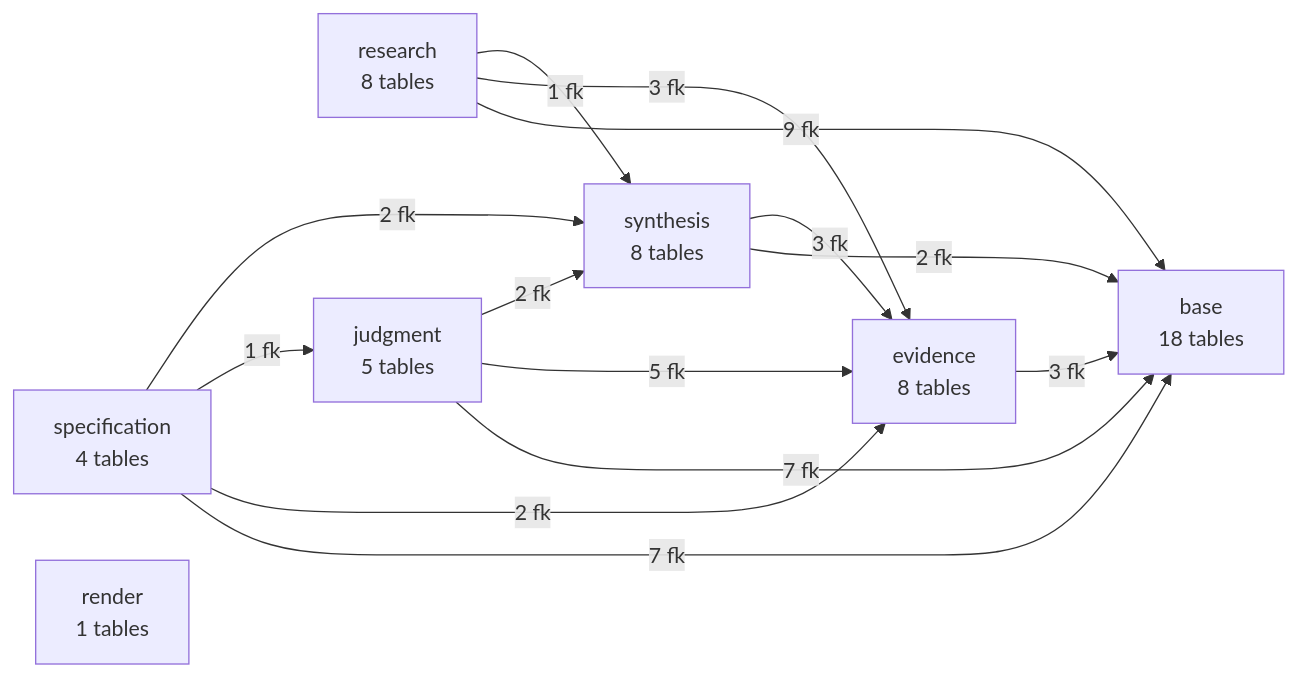
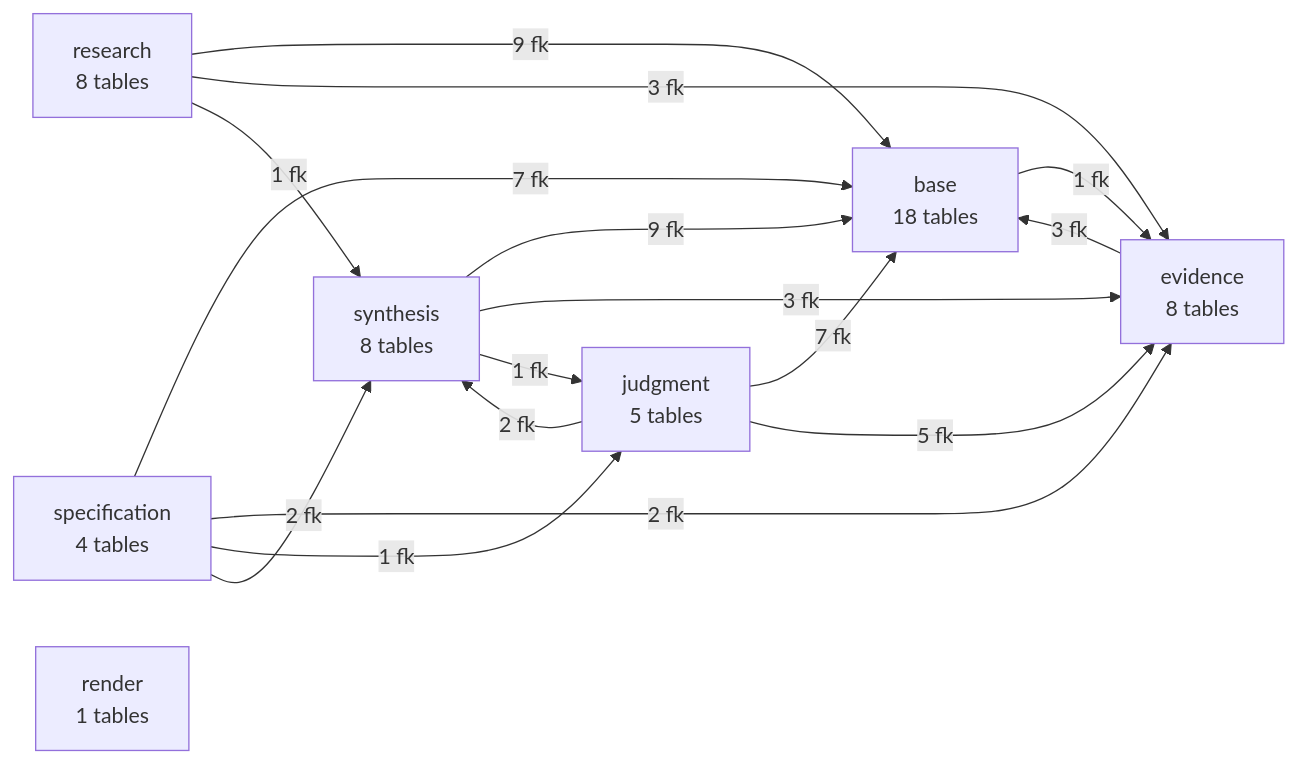
The first of 10 diagrams in workplan/pipeline-state-graph/STATE-GRAPH.md (jordanelias/guidebook), drawn with Mermaid before and after one commit. The commit also changed other lines of this file and 19 other files, not shown here.

````diff
--- a/workplan/pipeline-state-graph/STATE-GRAPH.md
+++ b/workplan/pipeline-state-graph/STATE-GRAPH.md
@@ -24,23 +24,25 @@
 ```mermaid
 flowchart LR
   base["base\n18 tables"]
   research["research\n8 tables"]
   evidence["evidence\n8 tables"]
   judgment["judgment\n5 tables"]
   synthesis["synthesis\n8 tables"]
   specification["specification\n4 tables"]
   render["render\n1 tables"]
+  base -->|1 fk| evidence
   evidence -->|3 fk| base
   judgment -->|7 fk| base
   judgment -->|5 fk| evidence
   judgment -->|2 fk| synthesis
   research -->|9 fk| base
   research -->|3 fk| evidence
   research -->|1 fk| synthesis
   specification -->|7 fk| base
   specification -->|2 fk| evidence
   specification -->|1 fk| judgment
   specification -->|2 fk| synthesis
-  synthesis -->|2 fk| base
+  synthesis -->|9 fk| base
   synthesis -->|3 fk| evidence
+  synthesis -->|1 fk| judgment
 ```
````
